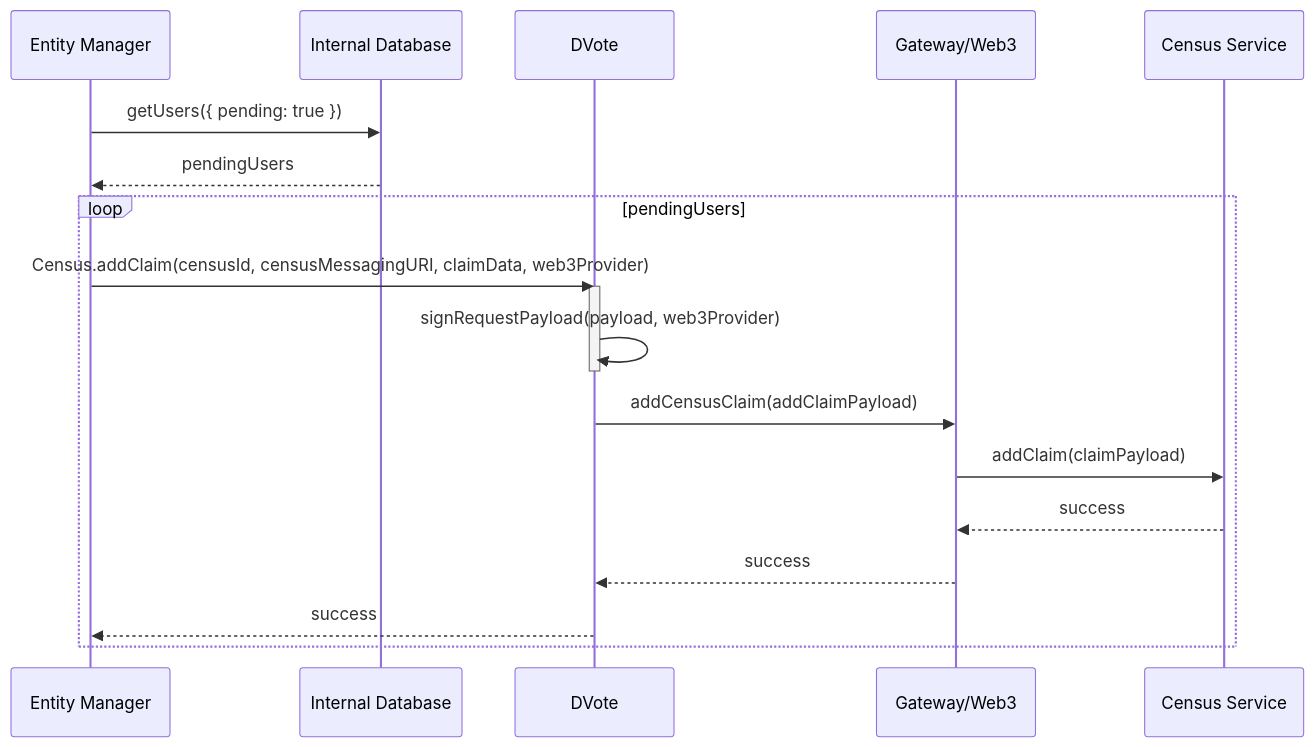
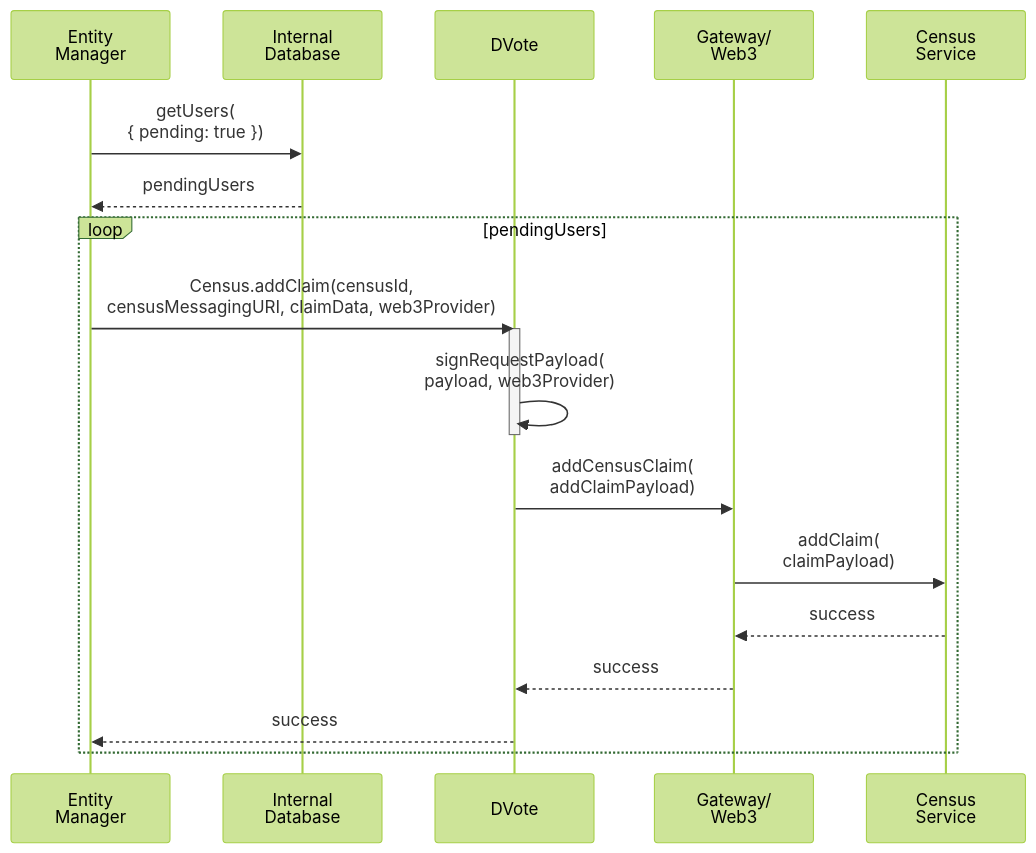
One commit to vocdoni/docs changed the third of 10 diagrams in src/architecture/sequence-diagrams.md. Above: the diagram before and after it, drawn with Mermaid. The commit also changed other lines of this file and 1 other file, not shown here.

Commit message:
Improve mermaid sequence diagrams

````diff
--- a/src/architecture/sequence-diagrams.md
+++ b/src/architecture/sequence-diagrams.md
@@ -103,24 +102,25 @@
 ```mermaid
+%%{init: {'theme':'forest'}}%%
 sequenceDiagram
-    participant PM as Entity Manager
-    participant DB as Internal Database
+    participant PM as Entity<br/> Manager
+    participant DB as Internal<br/> Database
     participant DV as DVote
-    participant GW as Gateway/Web3
-    participant CS as Census Service
+    participant GW as Gateway/<br/>Web3
+    participant CS as Census<br/> Service
 
-    PM->>DB: getUsers({ pending: true })
+    PM->>DB: getUsers(<br/>{ pending: true })
     DB-->>PM: pendingUsers
 
     loop pendingUsers
-        PM->>DV: Census.addClaim(censusId, censusMessagingURI, claimData, web3Provider)
+        PM->>DV: Census.addClaim(censusId,<br/> censusMessagingURI, claimData, web3Provider)
             activate DV
-                DV->>DV: signRequestPayload(payload, web3Provider)
+                DV->>DV: signRequestPayload(<br/>payload, web3Provider)
             deactivate DV
 
-            DV->>GW: addCensusClaim(addClaimPayload)
-                GW->>CS: addClaim(claimPayload)
+            DV->>GW: addCensusClaim(<br/>  addClaimPayload)
+                GW->>CS: addClaim(<br/>  claimPayload)
                 CS-->>GW: success
             GW-->>DV: success
         DV-->>PM: success
     end
 ```
````
